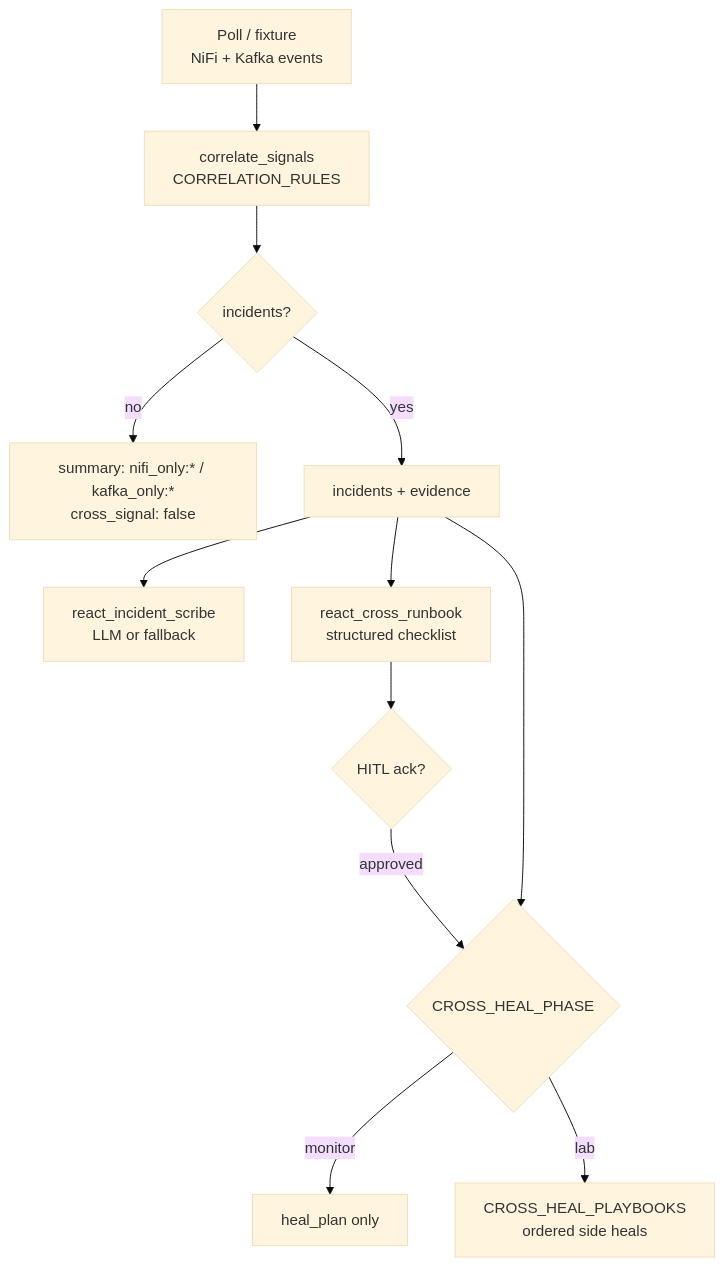
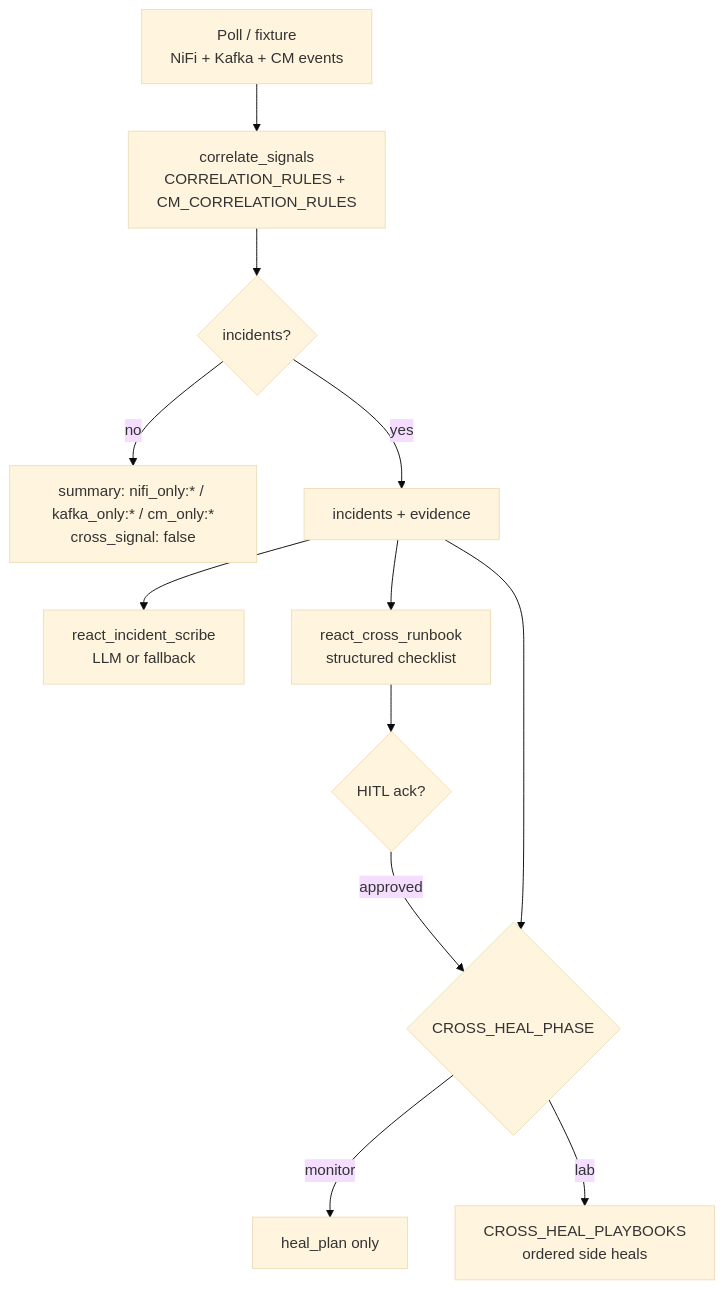
One commit to BrooksIan/FlinkDockerWithAgents changed the second of 3 diagrams in docs/SIGNAL_CORRELATE.md. Above: the diagram before and after it, drawn with Mermaid (base theme). The commit also changed other lines of this file and 7 other files, not shown here.

````diff
--- a/docs/SIGNAL_CORRELATE.md
+++ b/docs/SIGNAL_CORRELATE.md
@@ -25,14 +25,14 @@
 ```mermaid
 flowchart TB
-  A["Poll / fixture\nNiFi + Kafka events"] --> B["correlate_signals\nCORRELATION_RULES"]
+  A["Poll / fixture\nNiFi + Kafka + CM events"] --> B["correlate_signals\nCORRELATION_RULES + CM_CORRELATION_RULES"]
   B --> C{"incidents?"}
-  C -->|no| D["summary: nifi_only:* / kafka_only:*\ncross_signal: false"]
+  C -->|no| D["summary: nifi_only:* / kafka_only:* / cm_only:*\ncross_signal: false"]
   C -->|yes| E["incidents + evidence"]
   E --> F["react_incident_scribe\nLLM or fallback"]
   E --> R["react_cross_runbook\nstructured checklist"]
   R --> HITL{"HITL ack?"}
   HITL -->|approved| G{"CROSS_HEAL_PHASE"}
   E --> G
   G -->|monitor| H["heal_plan only"]
   G -->|lab| I["CROSS_HEAL_PLAYBOOKS\nordered side heals"]
 ```
````
